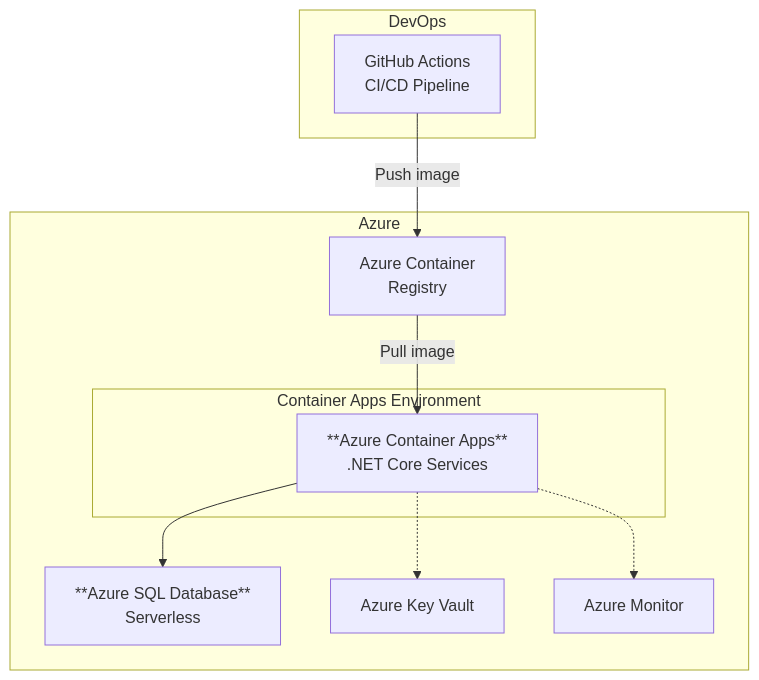
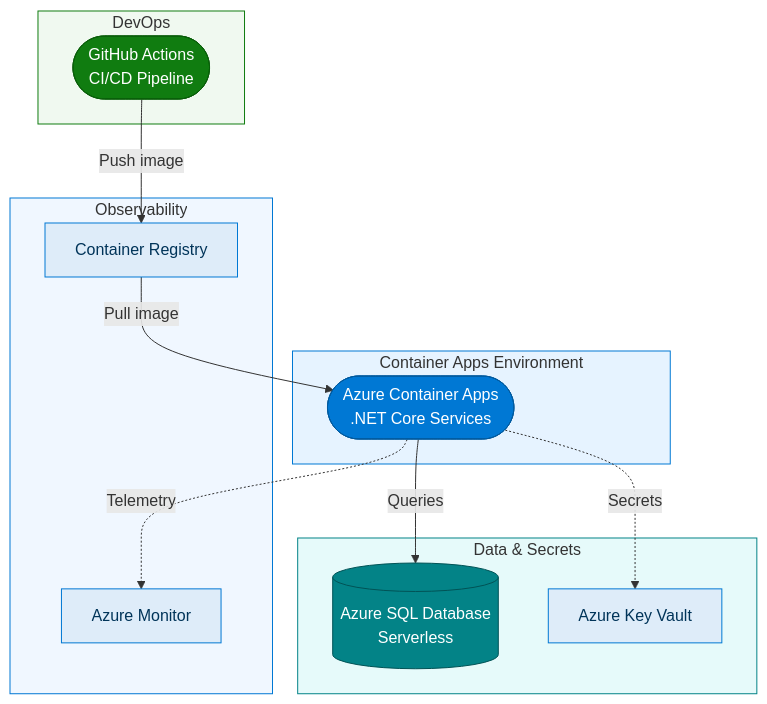
One commit to jonathan-vella/build-test changed the diagram in site/src/content/docs/horizons/h2-modernize.md. Above: the diagram before and after it, drawn with Mermaid. The commit also changed 11 other files, not shown here.

````diff
--- a/site/src/content/docs/horizons/h2-modernize.md
+++ b/site/src/content/docs/horizons/h2-modernize.md
@@ -31,20 +31,30 @@
 ```mermaid
 graph TB
-  subgraph "Azure"
-    subgraph "Container Apps Environment"
-      CA["**Azure Container Apps**<br/>.NET Core Services"]
-    end
-    SQLDB["**Azure SQL Database**<br/>Serverless"]
-    ACR["Azure Container<br/>Registry"]
-    KV["Azure Key Vault"]
-    MON["Azure Monitor"]
+  classDef azure  fill:#0078d4,stroke:#005a9e,color:#fff
+  classDef db     fill:#038387,stroke:#025356,color:#fff
+  classDef devops fill:#107c10,stroke:#0a5e0a,color:#fff
+  classDef ops    fill:#deecf9,stroke:#0078d4,color:#003459
+  subgraph aca["Container Apps Environment"]
+    CA(["Azure Container Apps<br/>.NET Core Services"]):::azure
   end
-  subgraph "DevOps"
-    GH["GitHub Actions<br/>CI/CD Pipeline"]
+  subgraph data["Data & Secrets"]
+    SQLDB[("Azure SQL Database<br/>Serverless")]:::db
+    KV["Azure Key Vault"]:::ops
+  end
+  subgraph obs["Observability"]
+    MON["Azure Monitor"]:::ops
+    ACR["Container Registry"]:::ops
+  end
+  subgraph cicd["DevOps"]
+    GH(["GitHub Actions<br/>CI/CD Pipeline"]):::devops
   end
   GH -->|"Push image"| ACR
   ACR -->|"Pull image"| CA
-  CA --> SQLDB
-  CA -.-> KV
-  CA -.-> MON
+  CA -->|"Queries"| SQLDB
+  CA -.->|"Secrets"| KV
+  CA -.->|"Telemetry"| MON
+  style aca  fill:#e6f3ff,stroke:#0078d4
+  style data fill:#e6fafa,stroke:#038387
+  style obs  fill:#f0f7ff,stroke:#0078d4
+  style cicd fill:#f0f9f0,stroke:#107c10
 ```
````
